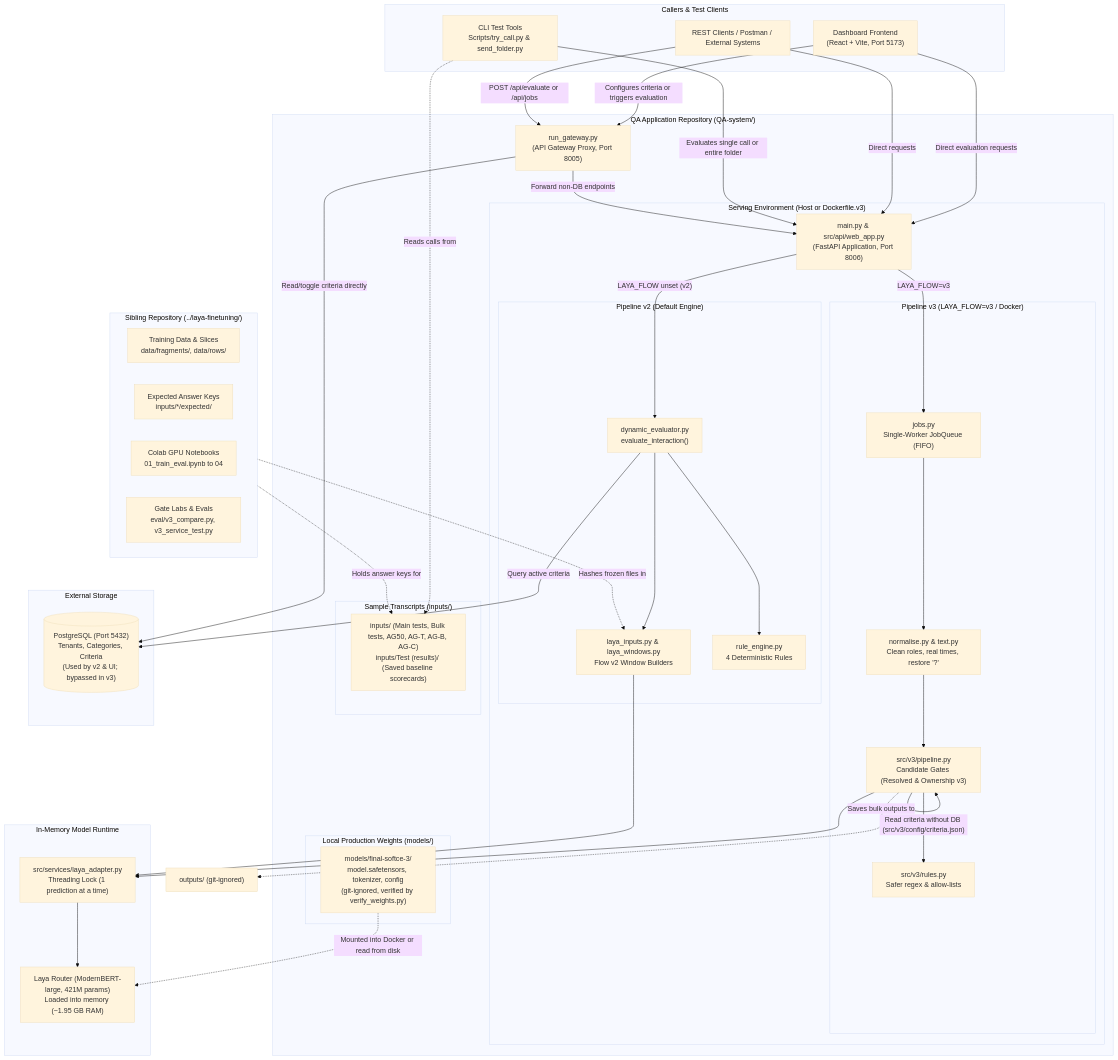
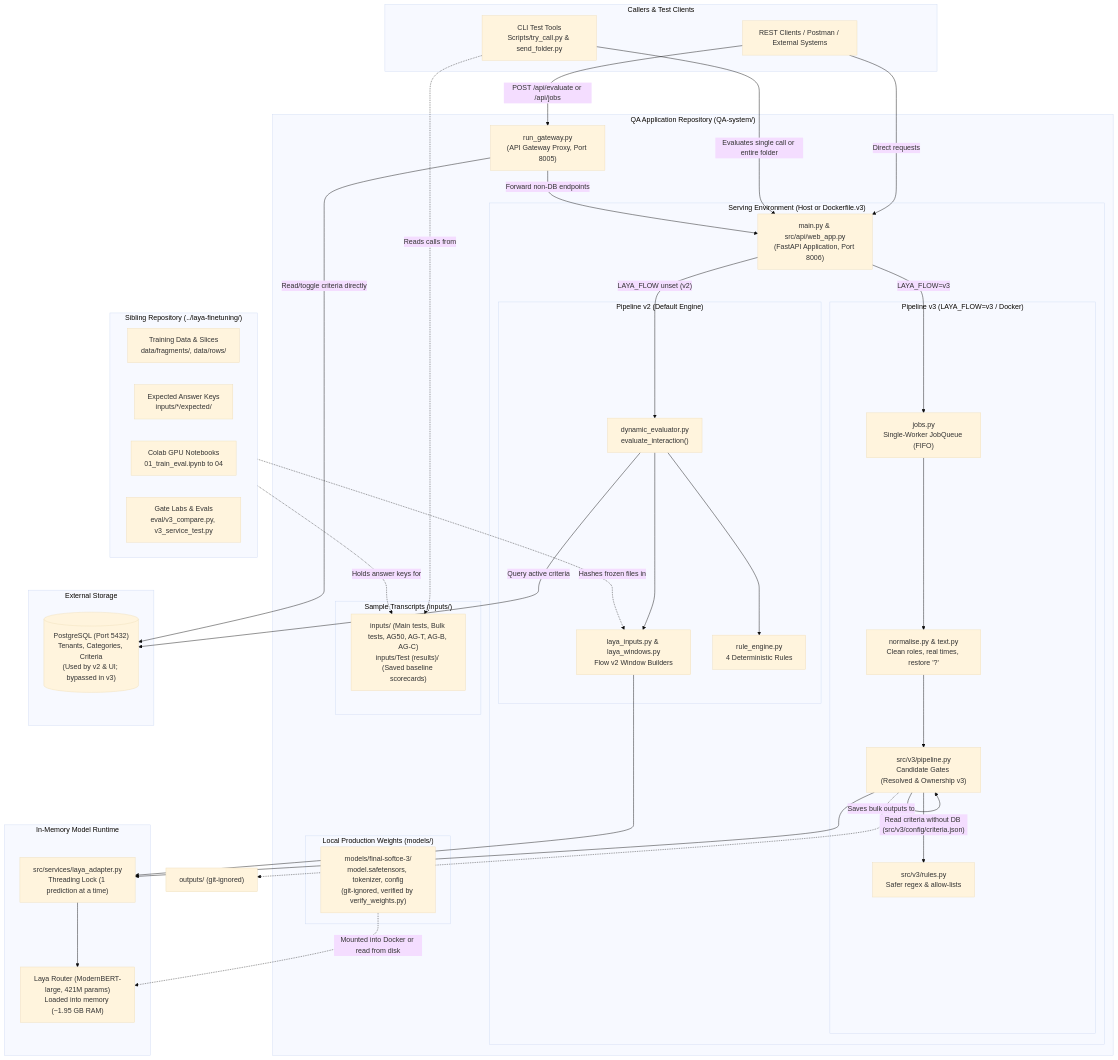
Before and after one commit to nimjj/QA-system: the first of 3 diagrams in Docs/SYSTEM_AND_FLOW_V2_GUIDE.md, drawn with Mermaid (base theme). The commit also changed other lines of this file and 30 other files, not shown here.

````diff
--- a/Docs/SYSTEM_AND_FLOW_V2_GUIDE.md
+++ b/Docs/SYSTEM_AND_FLOW_V2_GUIDE.md
@@ -51,7 +51,6 @@
 ```mermaid
 flowchart TD
     subgraph Callers["Callers & Test Clients"]
-        FE["Dashboard Frontend<br/>(React + Vite, Port 5173)"]
         CLIENT["REST Clients / Postman / External Systems"]
         CLI["CLI Test Tools<br/>Scripts/try_call.py & send_folder.py"]
     end
@@ -101,8 +100,6 @@
         LABS["Gate Labs & Evals<br/>eval/v3_compare.py, v3_service_test.py"]
     end
 
-    FE -->|"Configures criteria or triggers evaluation"| GW
-    FE -->|"Direct evaluation requests"| APP
     CLIENT -->|"POST /api/evaluate or /api/jobs"| GW
     CLIENT -->|"Direct requests"| APP
     CLI -->|"Evaluates single call or entire folder"| APP
````
